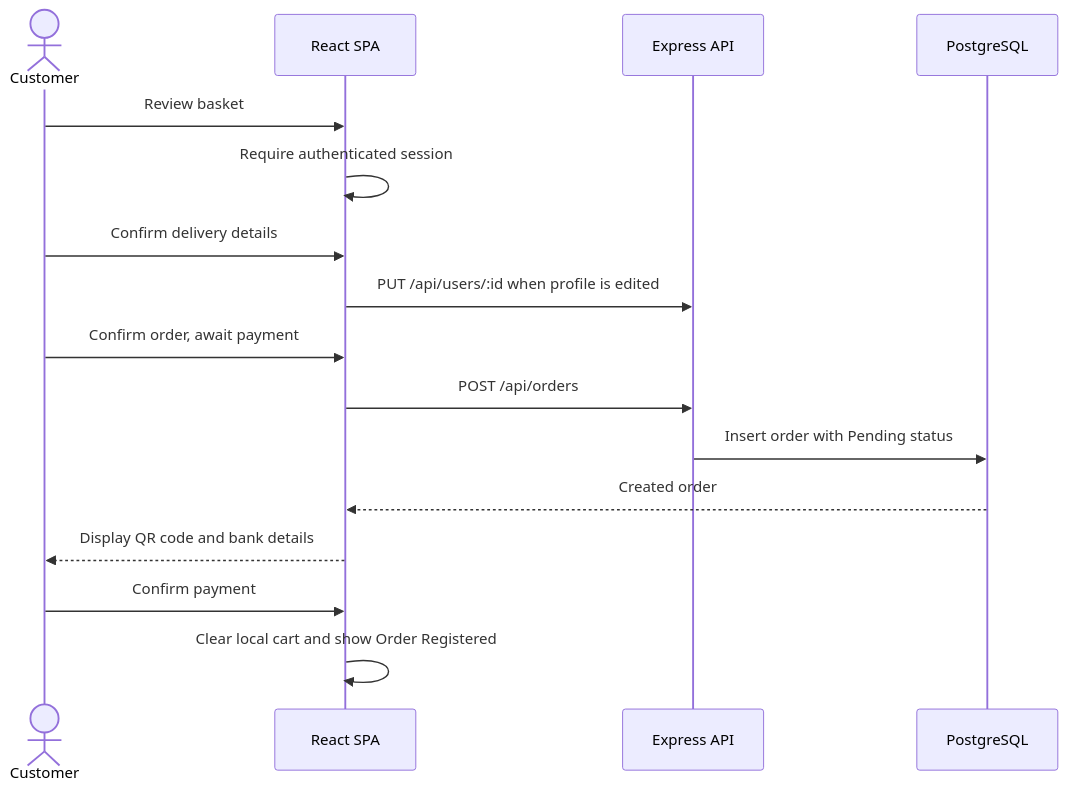
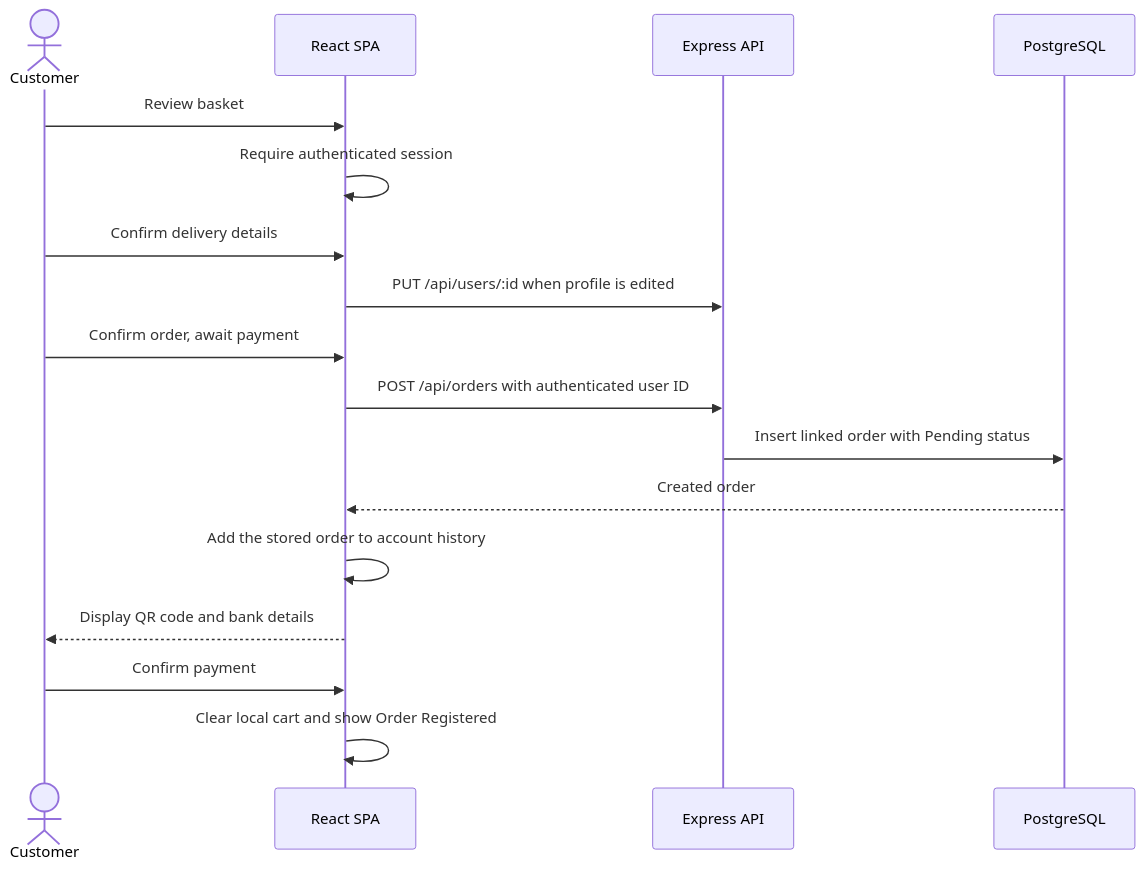
The fourth of 6 diagrams in docs/ARCHITECTURE_DESIGN.md (yiyangsam/Altitude-Ally), drawn with Mermaid before and after one commit. The commit also changed other lines of this file and 7 other files, not shown here.

Commit message:
Persist customer order history

````diff
--- a/docs/ARCHITECTURE_DESIGN.md
+++ b/docs/ARCHITECTURE_DESIGN.md
@@ -301,19 +300,20 @@
 ```mermaid
 sequenceDiagram
     actor Customer
     participant SPA as React SPA
     participant API as Express API
     participant DB as PostgreSQL
 
     Customer->>SPA: Review basket
     SPA->>SPA: Require authenticated session
     Customer->>SPA: Confirm delivery details
     SPA->>API: PUT /api/users/:id when profile is edited
     Customer->>SPA: Confirm order, await payment
-    SPA->>API: POST /api/orders
-    API->>DB: Insert order with Pending status
+    SPA->>API: POST /api/orders with authenticated user ID
+    API->>DB: Insert linked order with Pending status
     DB-->>SPA: Created order
+    SPA->>SPA: Add the stored order to account history
     SPA-->>Customer: Display QR code and bank details
     Customer->>SPA: Confirm payment
     SPA->>SPA: Clear local cart and show Order Registered
 ```
````
